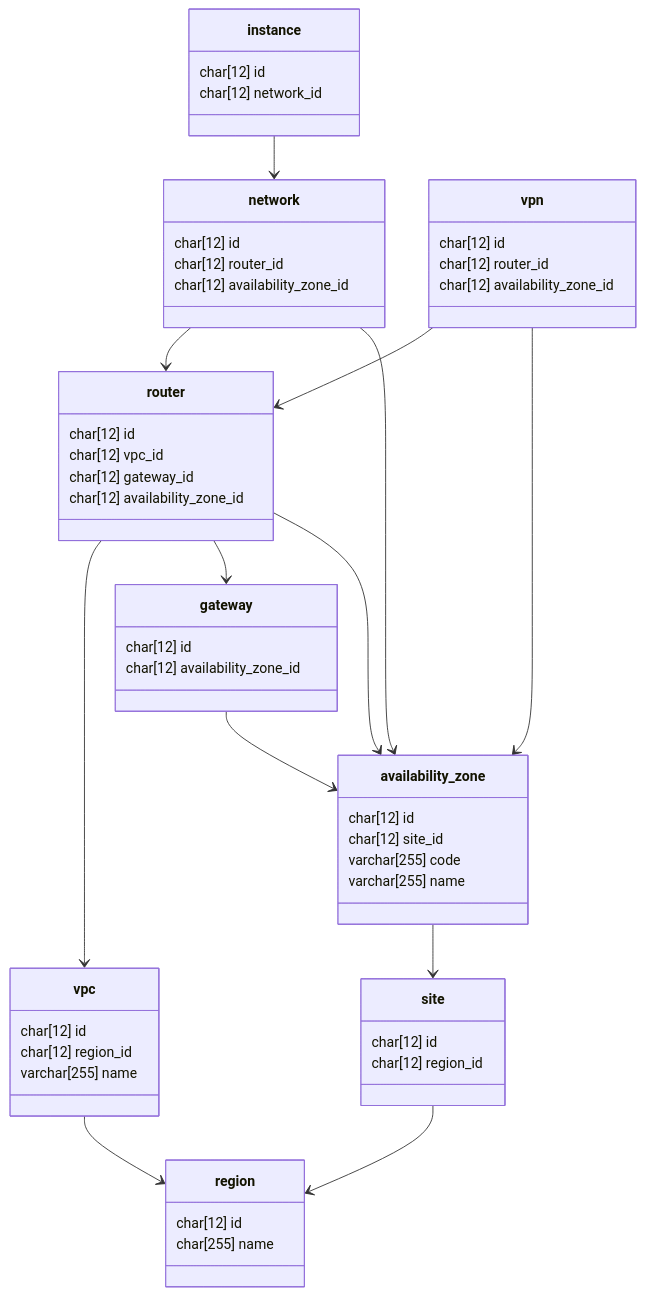
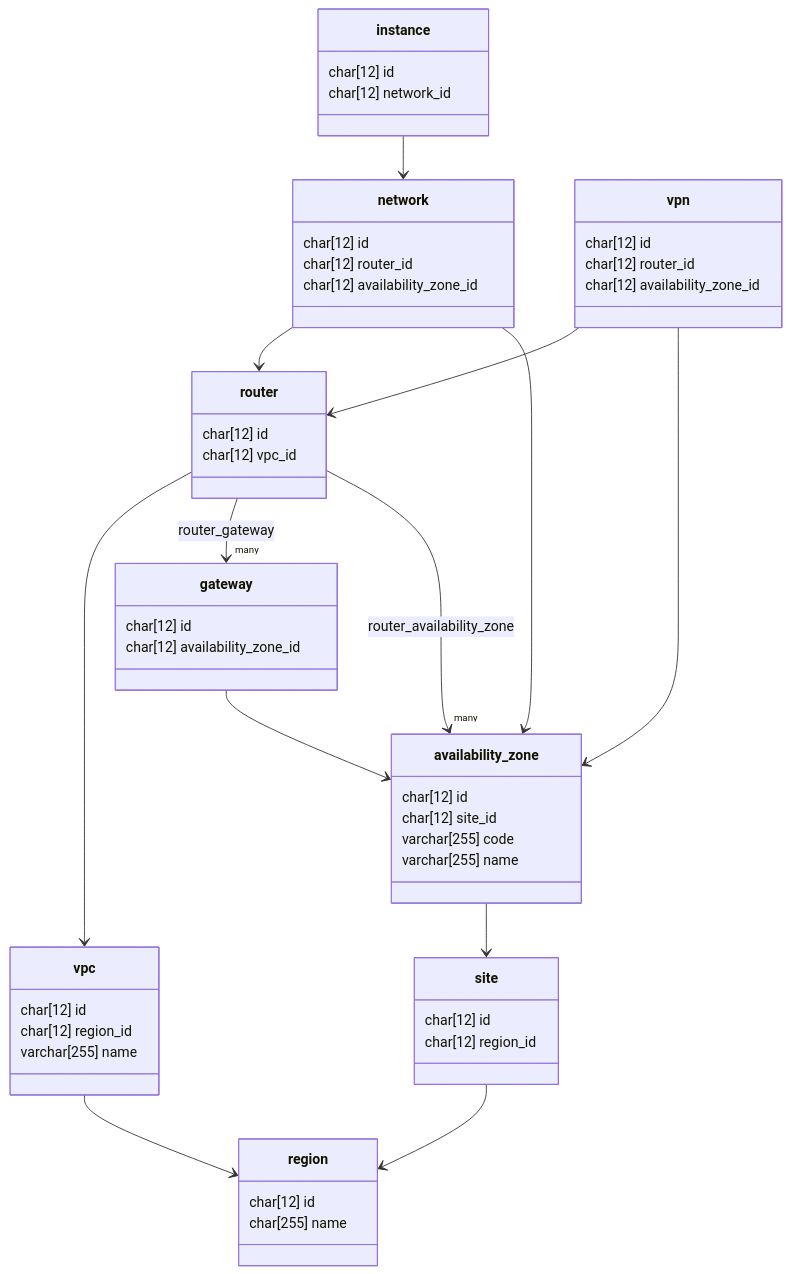
The diagram in v2-overview.md (kostivasiev/ecloud), drawn with Mermaid before and after one commit.

Commit message:
first draft v2 overview mermaid doc

````diff
--- a/v2-overview.md
+++ b/v2-overview.md
@@ -1,66 +1,64 @@
 ```mermaid
 classDiagram
     class region {
         char[12] id
         char[255] name
     }
 
     class vpc {
         char[12] id
         char[12] region_id
         varchar[255] name
     }
     vpc --> region
 
     class site {
         char[12] id
         char[12] region_id
     }
     site --> region
 
     class availability_zone {
         char[12] id 
         char[12] site_id
         varchar[255] code
         varchar[255] name
     }
     availability_zone --> site
 
     class gateway {
         char[12] id
         char[12] availability_zone_id
     }
     gateway --> availability_zone
 
     class network {
         char[12] id
         char[12] router_id
         char[12] availability_zone_id
     }
     network --> router
     network --> availability_zone
 
     class router {
         char[12] id
         char[12] vpc_id
-        char[12] gateway_id
-        char[12] availability_zone_id
     }
     router --> vpc
-    router --> gateway
-    router --> availability_zone
+    router --> "many" gateway : router_gateway
+    router --> "many" availability_zone : router_availability_zone
 
     class vpn {
         char[12] id
         char[12] router_id
         char[12] availability_zone_id
     }
     vpn --> router
     vpn --> availability_zone
 
     class instance {
         char[12] id
         char[12] network_id
     }
     instance --> network
 ```
````
